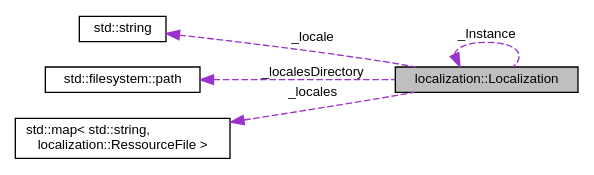
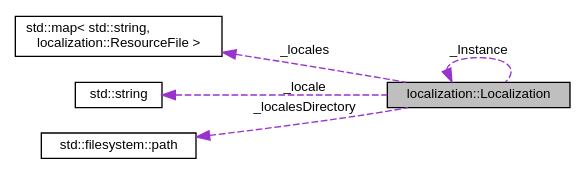
Before and after one commit to MisterPeModder/Bomberman-Global-Offensive: the diagram in classlocalization_1_1_localization__coll__graph.dot, drawn with Graphviz. The commit also changed 348 other files, not shown here.

Commit message:
Deploying to gh-pages from @ MisterPeModder/Bomberman-Global-Offensive@9cb665c508d8c507dae6a15294ab4addab9f989c 🚀

```diff
--- a/classlocalization_1_1_localization__coll__graph.dot
+++ b/classlocalization_1_1_localization__coll__graph.dot
@@ -1,15 +1,15 @@
 digraph "localization::Localization"
 {
  // LATEX_PDF_SIZE
   edge [fontname="Helvetica",fontsize="10",labelfontname="Helvetica",labelfontsize="10"];
   node [fontname="Helvetica",fontsize="10",shape=record];
   rankdir="LR";
-  Node1 [label="localization::Localization",height=0.2,width=0.4,color="black", fillcolor="grey75", style="filled", fontcolor="black",tooltip="Singleton class to manage locales in ressources."];
-  Node2 -> Node1 [dir="back",color="darkorchid3",fontsize="10",style="dashed",label=" _locale" ,fontname="Helvetica"];
-  Node2 [label="std::string",height=0.2,width=0.4,color="black", fillcolor="white", style="filled",URL="/home/runner/work/Bomberman-Global-Offensive/Bomberman-Global-Offensive/doc/external/cppreference-doxygen-web.tag.xml$cpp/string/basic_string.html",tooltip=" "];
-  Node3 -> Node1 [dir="back",color="darkorchid3",fontsize="10",style="dashed",label=" _localesDirectory" ,fontname="Helvetica"];
-  Node3 [label="std::filesystem::path",height=0.2,width=0.4,color="black", fillcolor="white", style="filled",URL="/home/runner/work/Bomberman-Global-Offensive/Bomberman-Global-Offensive/doc/external/cppreference-doxygen-web.tag.xml$cpp/filesystem/path.html",tooltip=" "];
+  Node1 [label="localization::Localization",height=0.2,width=0.4,color="black", fillcolor="grey75", style="filled", fontcolor="black",tooltip="Singleton class to manage locales in resources."];
+  Node2 -> Node1 [dir="back",color="darkorchid3",fontsize="10",style="dashed",label=" _locales" ,fontname="Helvetica"];
+  Node2 [label="std::map\< std::string,\l localization::ResourceFile \>",height=0.2,width=0.4,color="black", fillcolor="white", style="filled",URL="/home/runner/work/Bomberman-Global-Offensive/Bomberman-Global-Offensive/doc/external/cppreference-doxygen-web.tag.xml$cpp/container/map.html",tooltip=" "];
+  Node3 -> Node1 [dir="back",color="darkorchid3",fontsize="10",style="dashed",label=" _locale" ,fontname="Helvetica"];
+  Node3 [label="std::string",height=0.2,width=0.4,color="black", fillcolor="white", style="filled",URL="/home/runner/work/Bomberman-Global-Offensive/Bomberman-Global-Offensive/doc/external/cppreference-doxygen-web.tag.xml$cpp/string/basic_string.html",tooltip=" "];
+  Node4 -> Node1 [dir="back",color="darkorchid3",fontsize="10",style="dashed",label=" _localesDirectory" ,fontname="Helvetica"];
+  Node4 [label="std::filesystem::path",height=0.2,width=0.4,color="black", fillcolor="white", style="filled",URL="/home/runner/work/Bomberman-Global-Offensive/Bomberman-Global-Offensive/doc/external/cppreference-doxygen-web.tag.xml$cpp/filesystem/path.html",tooltip=" "];
   Node1 -> Node1 [dir="back",color="darkorchid3",fontsize="10",style="dashed",label=" _Instance" ,fontname="Helvetica"];
-  Node4 -> Node1 [dir="back",color="darkorchid3",fontsize="10",style="dashed",label=" _locales" ,fontname="Helvetica"];
-  Node4 [label="std::map\< std::string,\l localization::RessourceFile \>",height=0.2,width=0.4,color="black", fillcolor="white", style="filled",URL="/home/runner/work/Bomberman-Global-Offensive/Bomberman-Global-Offensive/doc/external/cppreference-doxygen-web.tag.xml$cpp/container/map.html",tooltip=" "];
 }
```
